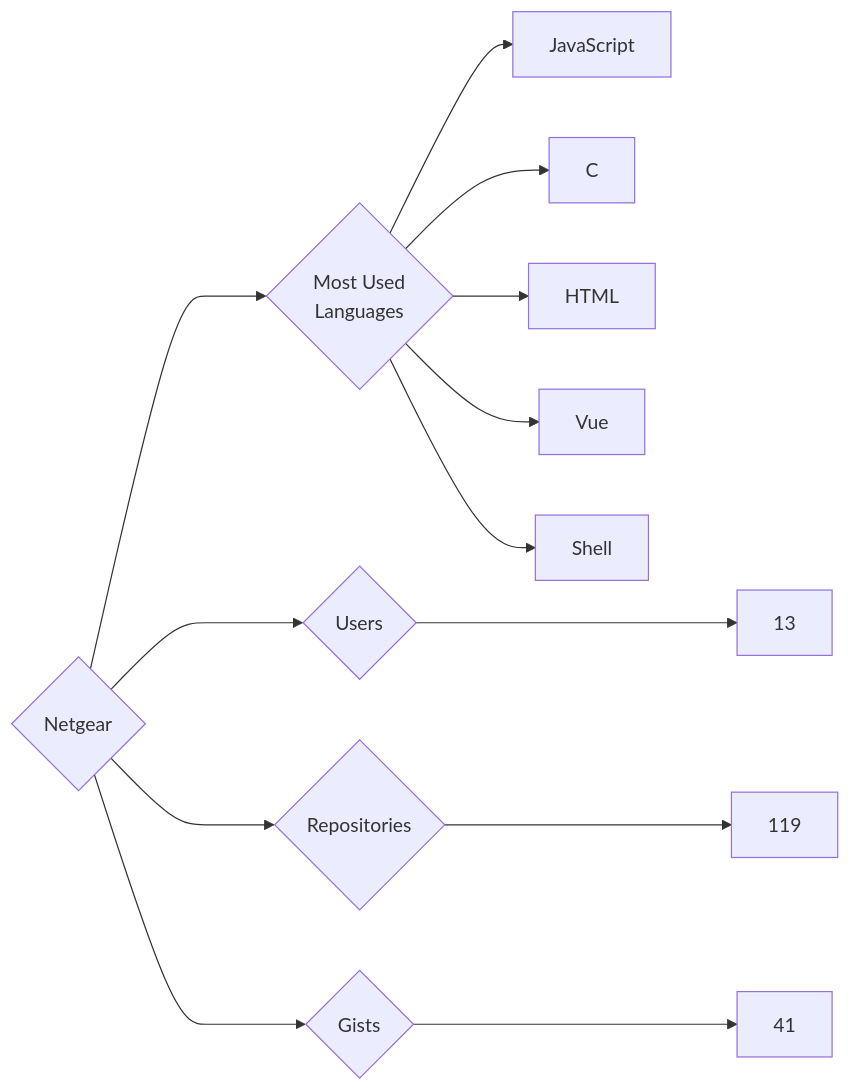
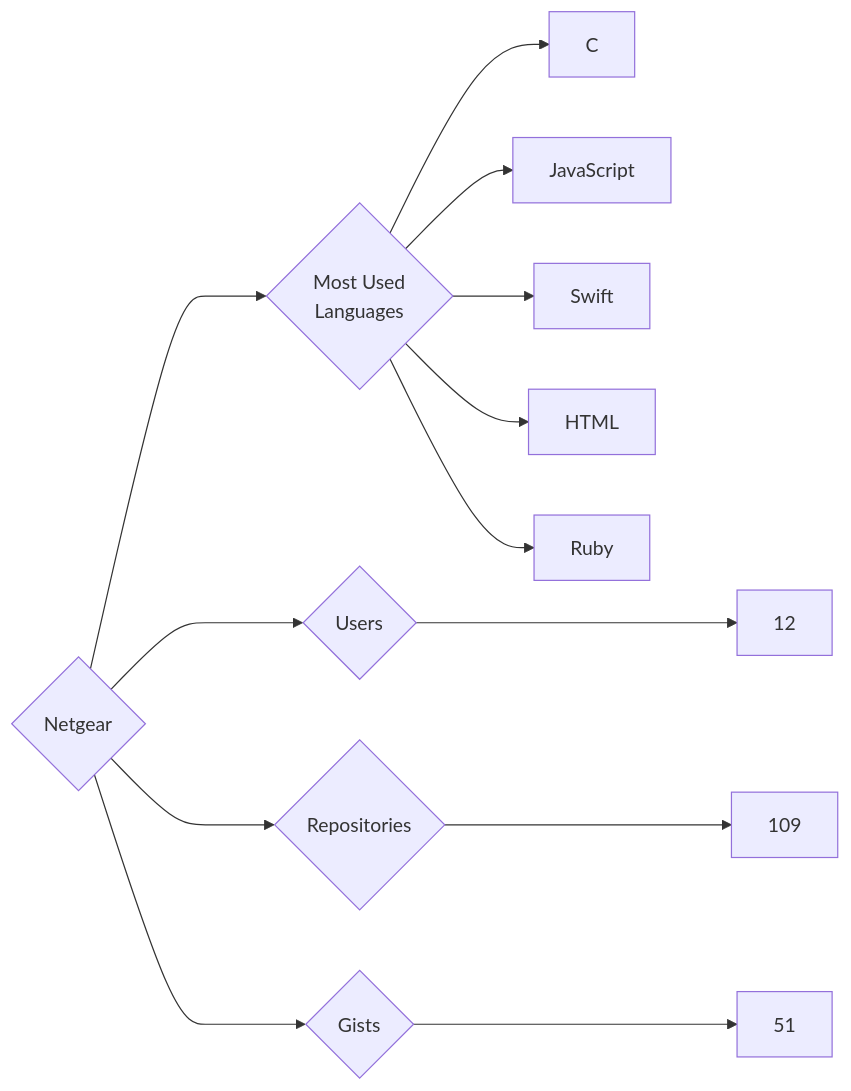
Before and after one commit to trickest/insiders: the diagram in targets/Netgear/README.md, drawn with Mermaid. The commit also changed 1011 other files, not shown here.

````diff
--- a/targets/Netgear/README.md
+++ b/targets/Netgear/README.md
@@ -3,13 +3,13 @@
 ```mermaid
 graph LR
 COMPANY_NAME{Netgear}
-COMPANY_NAME ---> U{Users} ---> UN[13]
-COMPANY_NAME ---> R{Repositories} ---> RN[119]
-COMPANY_NAME ---> G{Gists} ---> GN[41]
+COMPANY_NAME ---> U{Users} ---> UN[12]
+COMPANY_NAME ---> R{Repositories} ---> RN[109]
+COMPANY_NAME ---> G{Gists} ---> GN[51]
 COMPANY_NAME ---> ML{Most Used<br>Languages}
+ML --> C[C]
 ML --> JavaScript[JavaScript]
-ML --> C[C]
+ML --> Swift[Swift]
 ML --> HTML[HTML]
-ML --> Vue[Vue]
-ML --> Shell[Shell]
+ML --> Ruby[Ruby]
 ```
````
